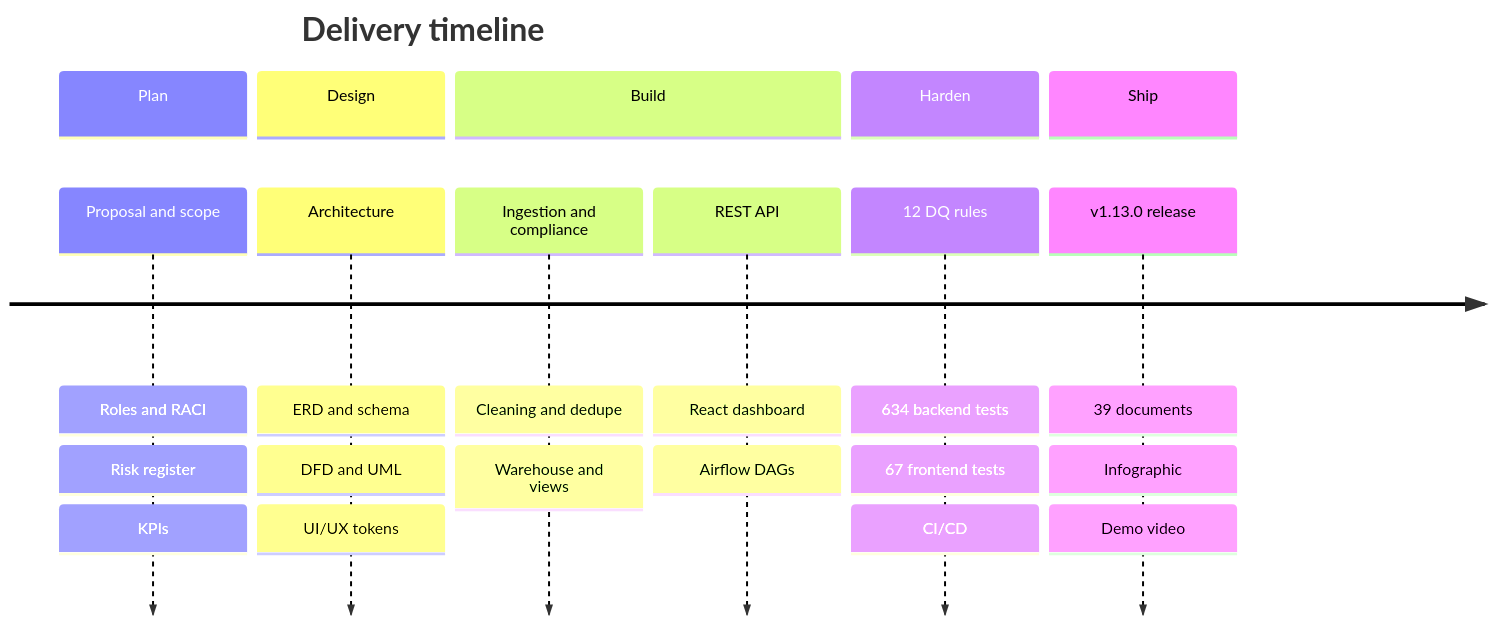
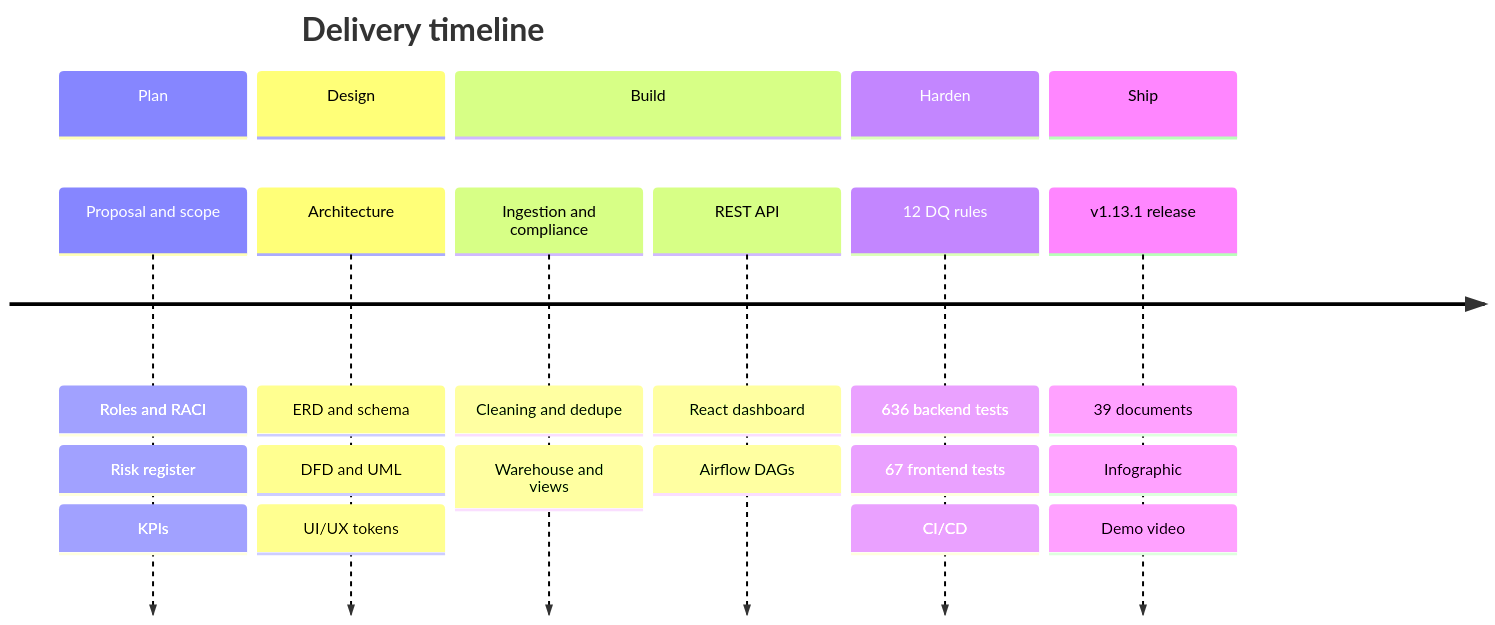
Before and after one commit to Ahmedbakr78/Web-to-Warehouse-Product-Intelligence-Pipeline: the diagram in docs/diagrams/out/docs-38_extended_diagram_suite_114.mmd, drawn with Mermaid. The commit also changed 42 other files, not shown here.

```diff
--- a/docs/diagrams/out/docs-38_extended_diagram_suite_114.mmd
+++ b/docs/diagrams/out/docs-38_extended_diagram_suite_114.mmd
@@ -1,14 +1,14 @@
 
 timeline
     title Delivery timeline
     section Plan
       Proposal and scope : Roles and RACI : Risk register : KPIs
     section Design
       Architecture : ERD and schema : DFD and UML : UI/UX tokens
     section Build
       Ingestion and compliance : Cleaning and dedupe : Warehouse and views
       REST API : React dashboard : Airflow DAGs
     section Harden
-      12 DQ rules : 634 backend tests : 67 frontend tests : CI/CD
+      12 DQ rules : 636 backend tests : 67 frontend tests : CI/CD
     section Ship
-      v1.13.0 release : 39 documents : Infographic : Demo video
+      v1.13.1 release : 39 documents : Infographic : Demo video
```
